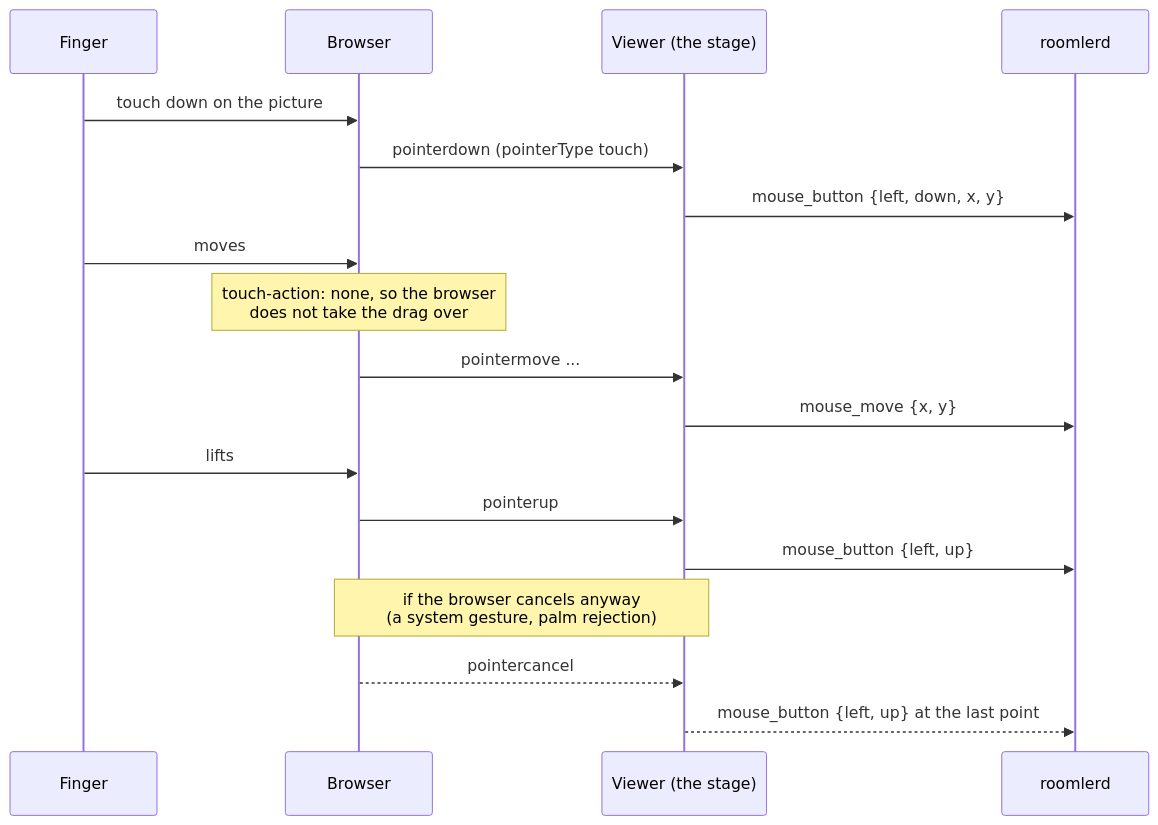
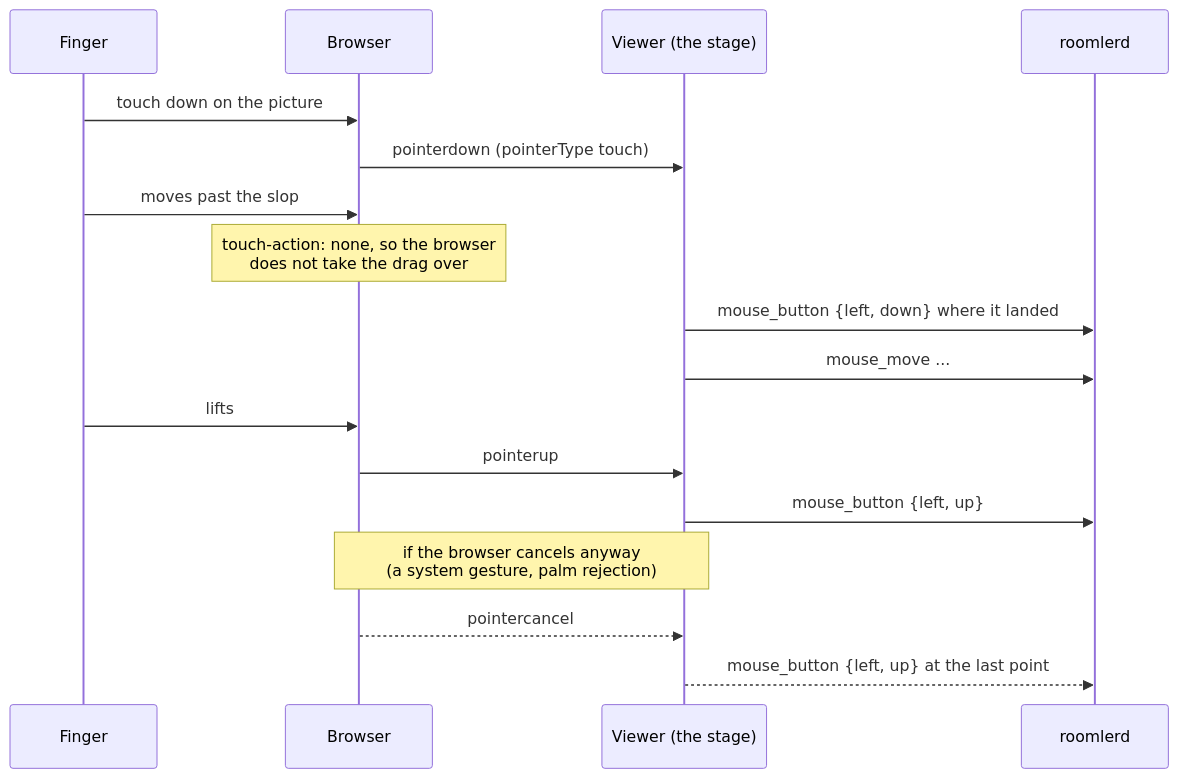
Before and after one commit to gjovanov/roomler-ai: the second of 2 diagrams in docs/touch-controls.md, drawn with Mermaid. The commit also changed other lines of this file and 11 other files, not shown here.

````diff
--- a/docs/touch-controls.md
+++ b/docs/touch-controls.md
@@ -30,20 +78,19 @@
 ```mermaid
 sequenceDiagram
     participant F as Finger
     participant B as Browser
     participant V as Viewer (the stage)
     participant A as roomlerd
     F->>B: touch down on the picture
     B->>V: pointerdown (pointerType touch)
-    V->>A: mouse_button {left, down, x, y}
-    F->>B: moves
+    F->>B: moves past the slop
     Note over B: touch-action: none, so the browser<br/>does not take the drag over
-    B->>V: pointermove ...
-    V->>A: mouse_move {x, y}
+    V->>A: mouse_button {left, down} where it landed
+    V->>A: mouse_move ...
     F->>B: lifts
     B->>V: pointerup
     V->>A: mouse_button {left, up}
     Note over B,V: if the browser cancels anyway<br/>(a system gesture, palm rejection)
     B-->>V: pointercancel
     V-->>A: mouse_button {left, up} at the last point
 ```
````
